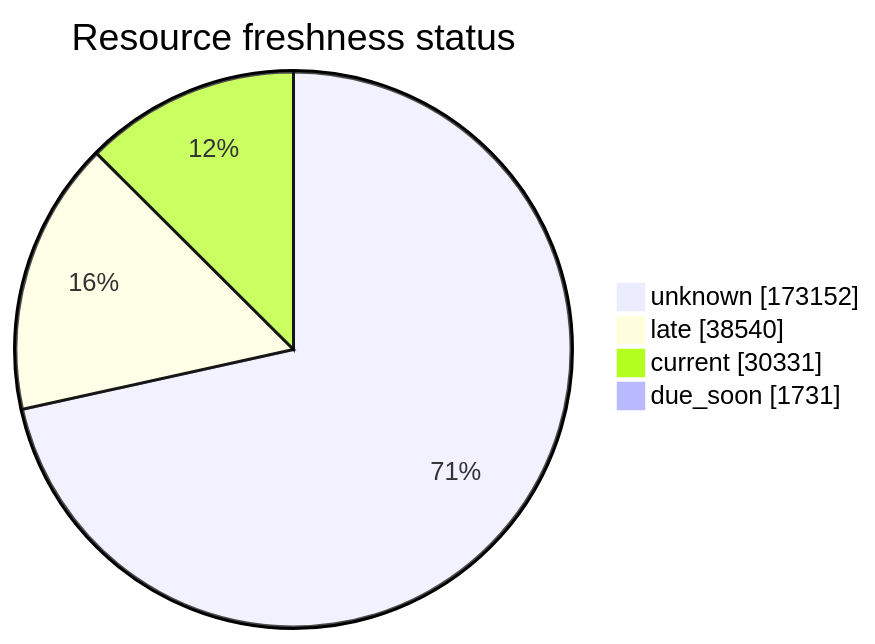
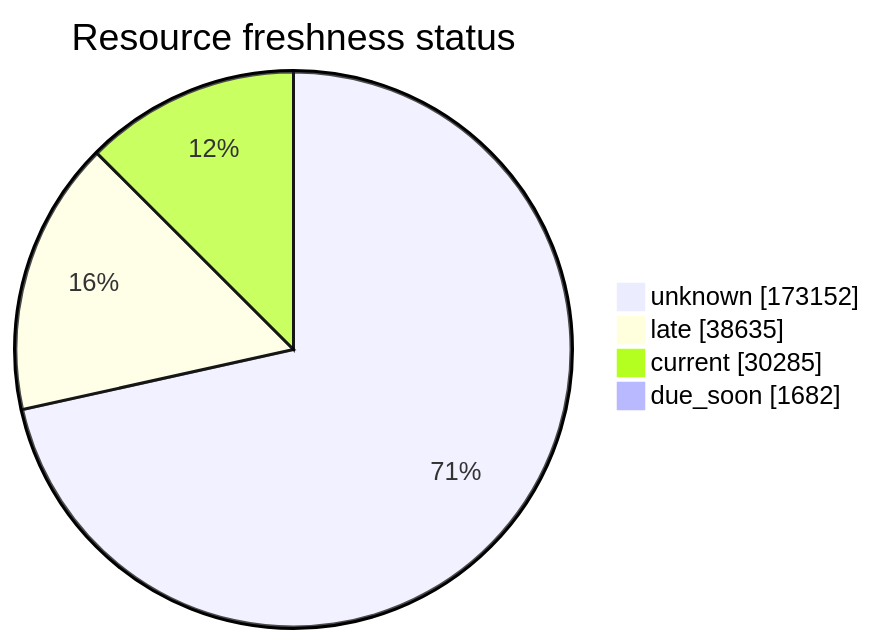
One commit to open-data/analytics-corporate-reporting changed the third of 5 diagrams in FreshCheck/README.md. Above: the diagram before and after it, drawn with Mermaid. The commit also changed other lines of this file and 3 other files, not shown here.

````diff
--- a/FreshCheck/README.md
+++ b/FreshCheck/README.md
@@ -77,7 +77,7 @@
 ```mermaid
 pie showData title Resource freshness status
     "unknown": 173152
-    "late": 38540
-    "current": 30331
-    "due_soon": 1731
+    "late": 38635
+    "current": 30285
+    "due_soon": 1682
 ```
````
